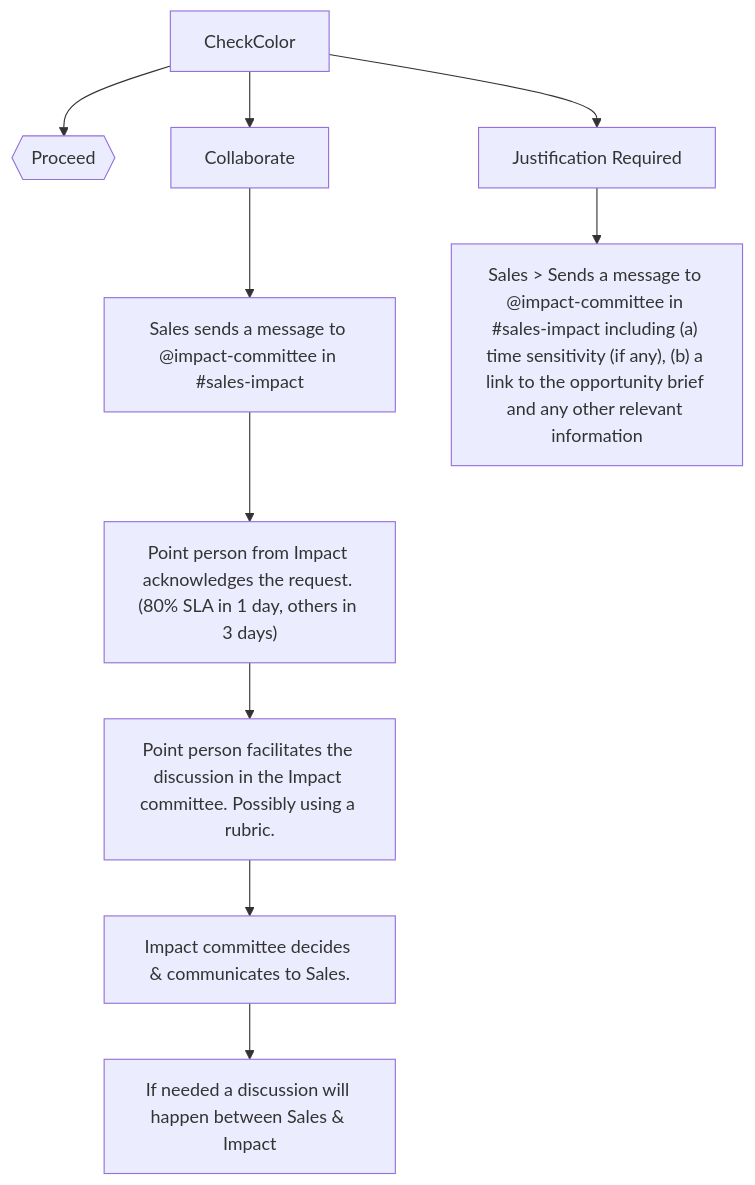
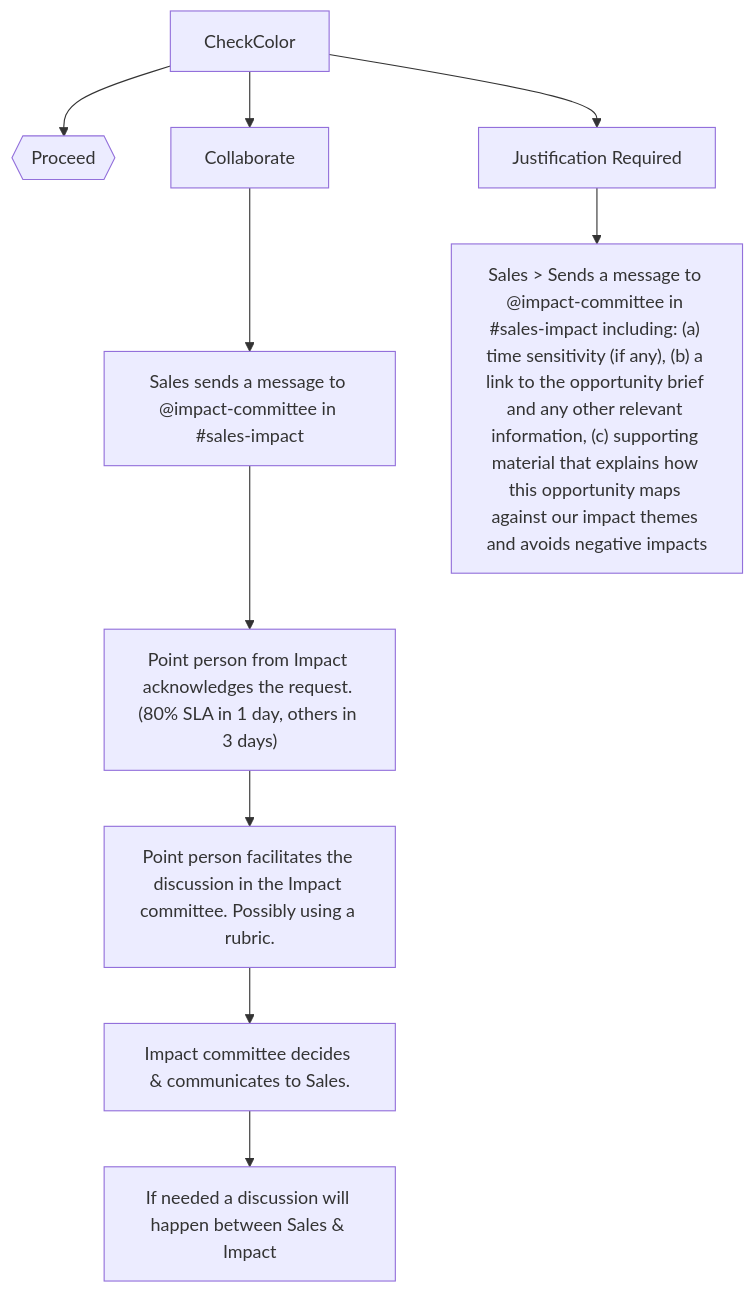
One commit to mgifford/mermaid-graphs changed the first of 3 diagrams in impact2.md. Above: the diagram before and after it, drawn with Mermaid.

````diff
--- a/impact2.md
+++ b/impact2.md
@@ -7,14 +7,14 @@
 ```mermaid
 graph TD
     CheckColor-->IsGreen{{Proceed}};
     CheckColor-->isYellow[Collaborate];
     CheckColor-->isJustificationRequired["Justification Required"];
     isYellow-->salesAlertsImpactsYellow["Sales sends a message to @impact-committee in #sales-impact"];
    salesAlertsImpactsYellow-->ImpactResponds["Point person from Impact acknowledges the request. (80% SLA in 1 day, others in 3 days)"];
    ImpactResponds-->ImpactDiscusses["Point person facilitates the discussion in the Impact committee. Possibly using a rubric."];
   ImpactDiscusses-->Decision["Impact committee decides & communicates to Sales."];
   Decision-->Discussion["If needed a discussion will happen between Sales & Impact"];
 
-  isJustificationRequired-->salesAlertsImpactsRed["Sales > Sends a message to @impact-committee in #sales-impact including (a) time sensitivity (if any), (b) a link to the opportunity brief and any other relevant information"];
+  isJustificationRequired-->salesAlertsImpactsRed["Sales > Sends a message to @impact-committee in #sales-impact including: (a) time sensitivity (if any), (b) a link to the opportunity brief and any other relevant information, (c) supporting material that explains how this opportunity maps against our impact themes and avoids negative impacts"];
   salesAlertsImpactsRed
 ```
````
